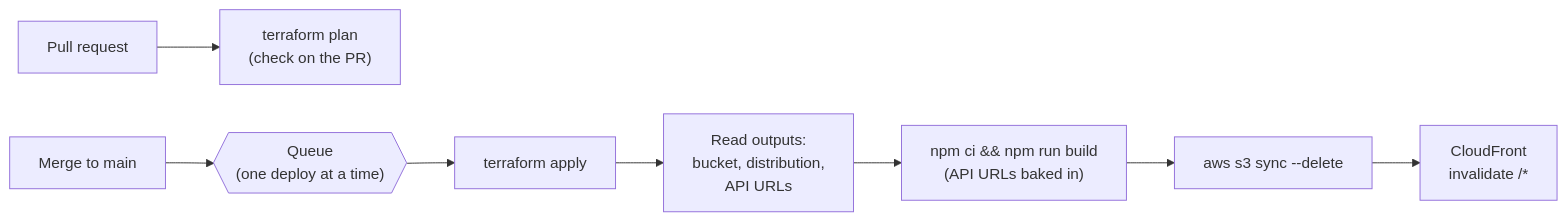
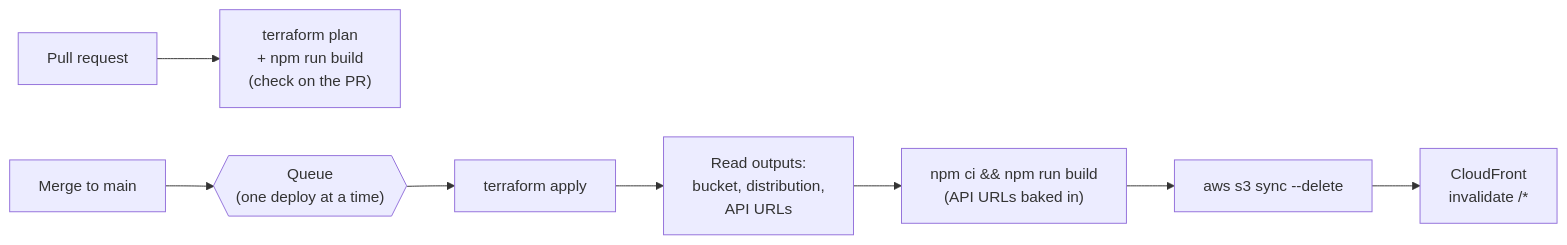
The second of 2 diagrams in README.md (lenhofr/jf-com), drawn with Mermaid before and after one commit. The commit also changed other lines of this file, not shown here.

Commit message:
README: pull requests now build the site (#48)

````diff
--- a/README.md
+++ b/README.md
@@ -152,8 +152,8 @@
 ```mermaid
 flowchart LR
-  pr["Pull request"] --> plan["terraform plan<br/>(check on the PR)"]
+  pr["Pull request"] --> plan["terraform plan<br/>+ npm run build<br/>(check on the PR)"]
   merge["Merge to main"] --> q{{"Queue<br/>(one deploy at a time)"}}
   q --> apply["terraform apply"] --> out["Read outputs:<br/>bucket, distribution,<br/>API URLs"]
   out --> build["npm ci && npm run build<br/>(API URLs baked in)"]
   build --> sync["aws s3 sync --delete"] --> inv["CloudFront<br/>invalidate /*"]
 ```
````
